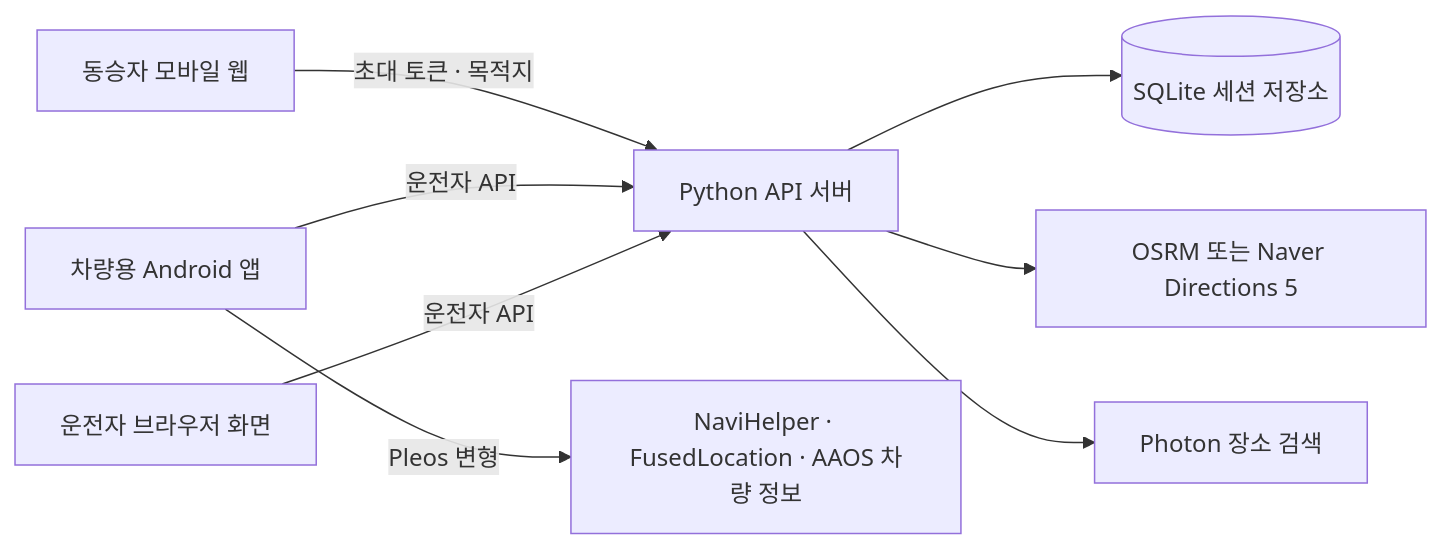
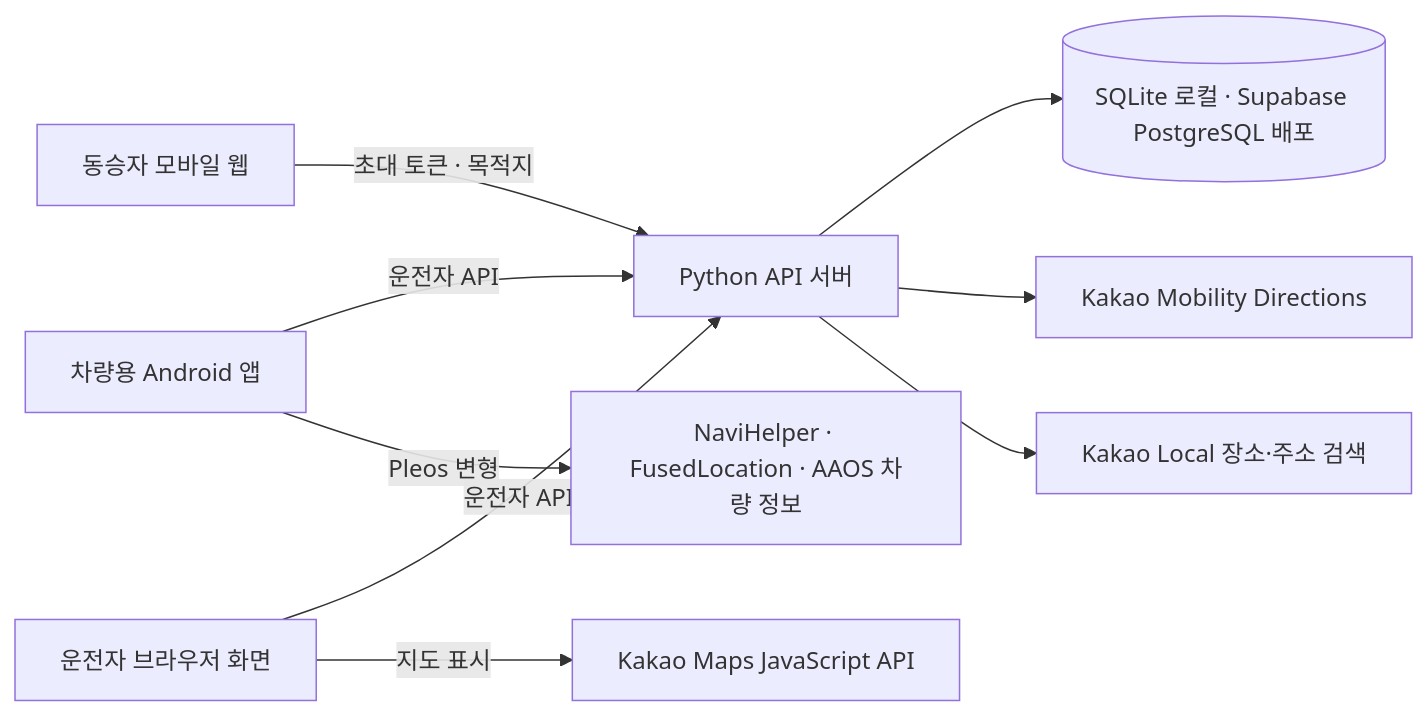
One commit to kimps005/MOAGIL changed the diagram in README.md. Above: the diagram before and after it, drawn with Mermaid. The commit also changed other lines of this file and 35 other files, not shown here.

````diff
--- a/README.md
+++ b/README.md
@@ -29,10 +30,11 @@
 ```mermaid
 flowchart LR
     P[동승자 모바일 웹] -->|초대 토큰 · 목적지| API[Python API 서버]
     D[차량용 Android 앱] -->|운전자 API| API
     W[운전자 브라우저 화면] -->|운전자 API| API
-    API --> DB[(SQLite 세션 저장소)]
-    API --> ROUTE[OSRM 또는 Naver Directions 5]
-    API --> SEARCH[Photon 장소 검색]
+    API --> DB[(SQLite 로컬 · Supabase PostgreSQL 배포)]
+    API --> ROUTE[Kakao Mobility Directions]
+    API --> SEARCH[Kakao Local 장소·주소 검색]
+    W -->|지도 표시| MAP[Kakao Maps JavaScript API]
     D -->|Pleos 변형| SDK[NaviHelper · FusedLocation · AAOS 차량 정보]
 ```
````
